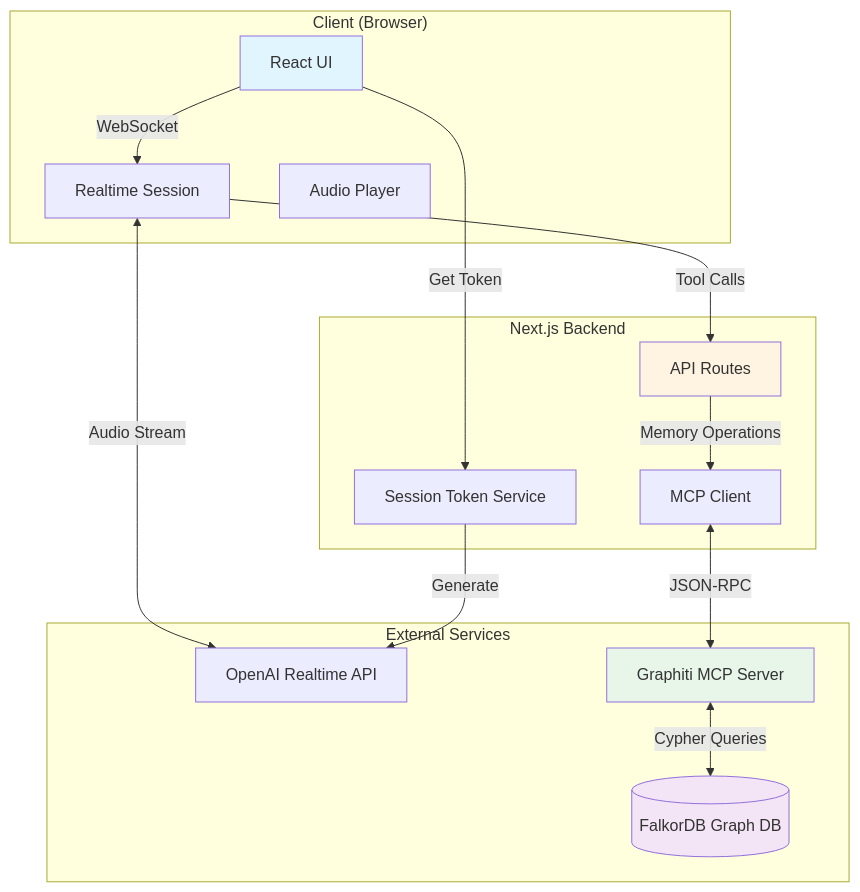
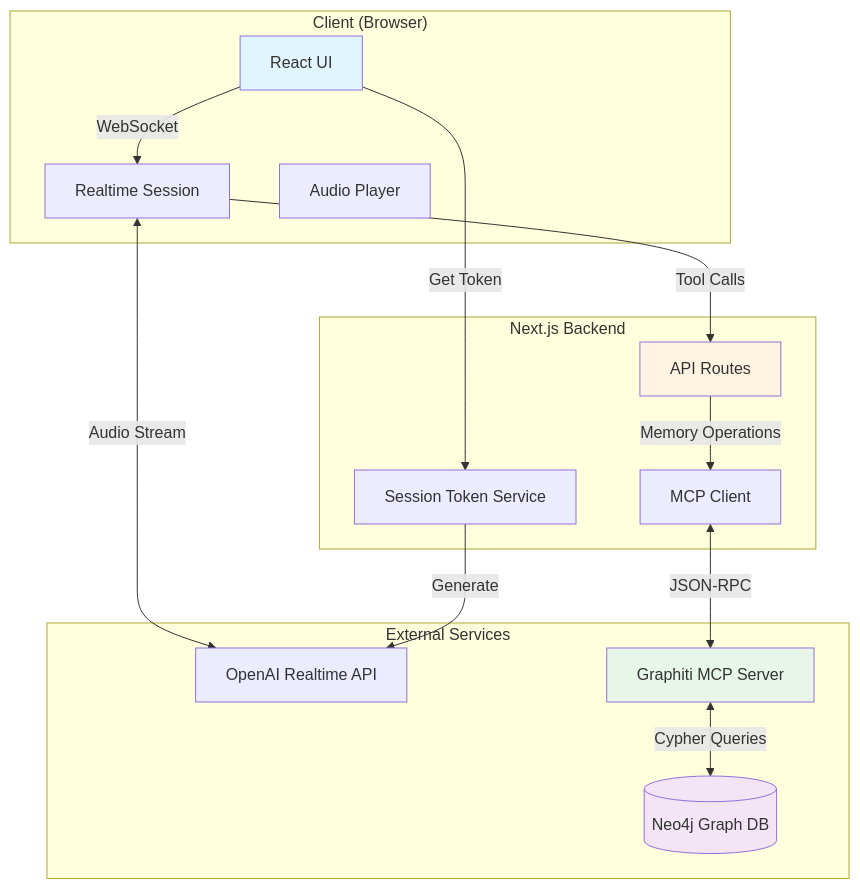
The first of 2 diagrams in README.md (athrael-soju/Eva), drawn with Mermaid before and after one commit. The commit also changed other lines of this file and 4 other files, not shown here.

First line of the commit message:
feat: Replace FalkorDB with Neo4j as graph database backend

````diff
--- a/README.md
+++ b/README.md
@@ -20,34 +20,34 @@
 ```mermaid
 graph TB
     subgraph "Client (Browser)"
         UI[React UI]
         RT[Realtime Session]
         Audio[Audio Player]
     end
 
     subgraph "Next.js Backend"
         API[API Routes]
         MCP[MCP Client]
         Session[Session Token Service]
     end
 
     subgraph "External Services"
         OpenAI[OpenAI Realtime API]
         Graphiti[Graphiti MCP Server]
-        FalkorDB[(FalkorDB Graph DB)]
+        Neo4j[(Neo4j Graph DB)]
     end
 
     UI -->|WebSocket| RT
     RT <-->|Audio Stream| OpenAI
     RT -->|Tool Calls| API
     API -->|Memory Operations| MCP
     MCP <-->|JSON-RPC| Graphiti
-    Graphiti <-->|Cypher Queries| FalkorDB
+    Graphiti <-->|Cypher Queries| Neo4j
     UI -->|Get Token| Session
     Session -->|Generate| OpenAI
 
     style UI fill:#e1f5ff
     style API fill:#fff4e1
     style Graphiti fill:#e8f5e9
-    style FalkorDB fill:#f3e5f5
+    style Neo4j fill:#f3e5f5
 ```
````
